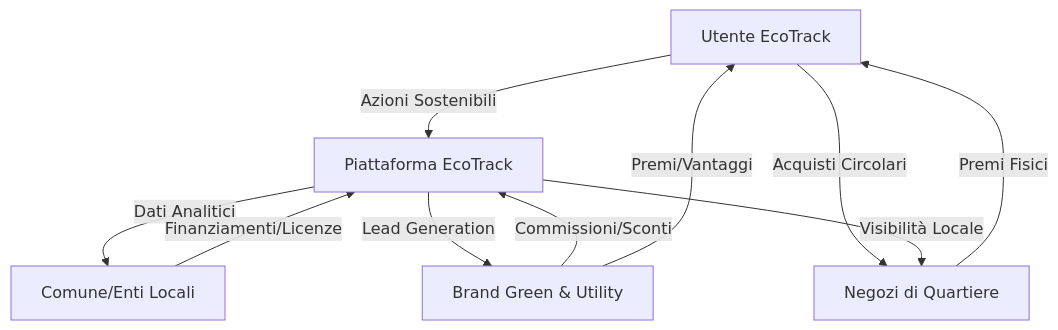
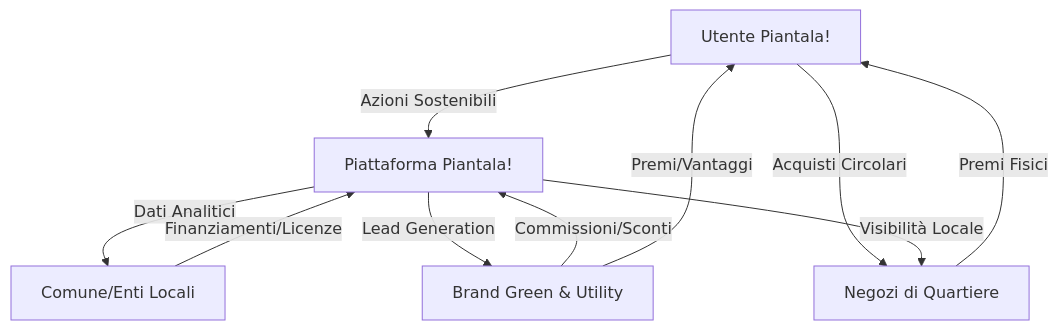
Before and after one commit to Izanagi95/EcoTrack: the diagram in docs/Economic_Sustainability_Analysis.md, drawn with Mermaid. The commit also changed other lines of this file and 14 other files, not shown here.

````diff
--- a/docs/Economic_Sustainability_Analysis.md
+++ b/docs/Economic_Sustainability_Analysis.md
@@ -30,14 +30,14 @@
 ```mermaid
 graph TD
-    User[Utente EcoTrack] -->|Azioni Sostenibili| App[Piattaforma EcoTrack]
+    User[Utente Piantala!] -->|Azioni Sostenibili| App[Piattaforma Piantala!]
     App -->|Dati Analitici| Gov[Comune/Enti Locali]
     Gov -->|Finanziamenti/Licenze| App
     
     App -->|Lead Generation| Partners[Brand Green & Utility]
     Partners -->|Commissioni/Sconti| App
     Partners -->|Premi/Vantaggi| User
     
     Local[Negozi di Quartiere] -->|Premi Fisici| User
     User -->|Acquisti Circolari| Local
     App -->|Visibilità Locale| Local
 ```
````
